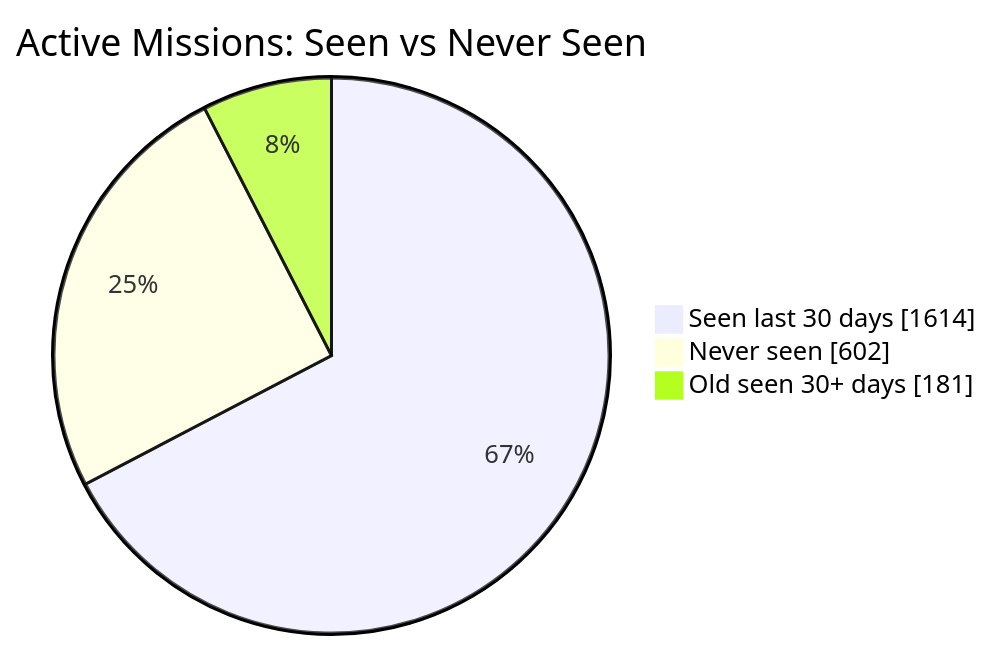
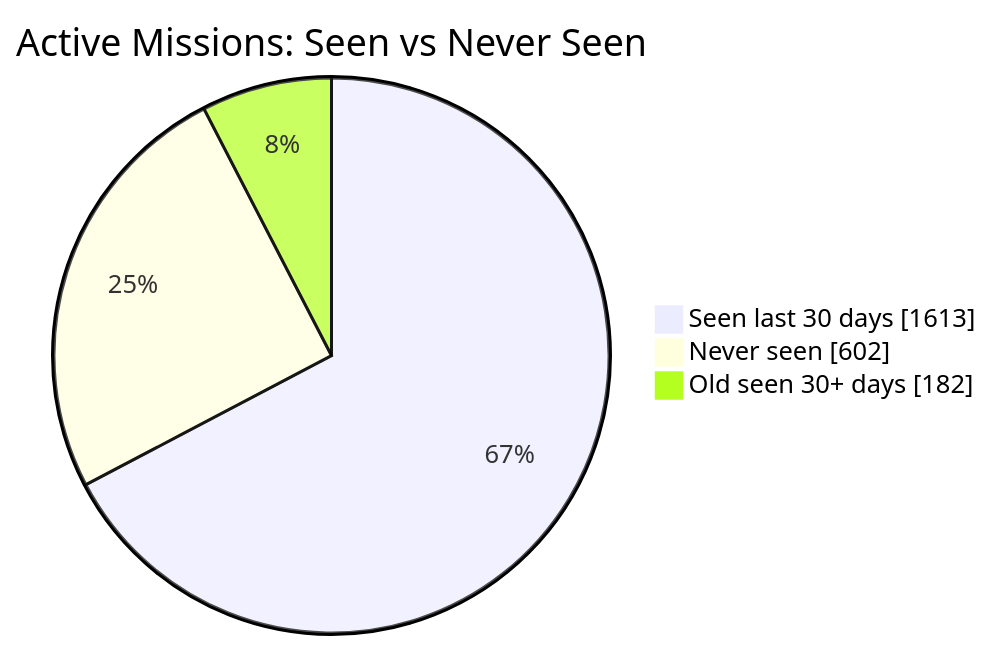
One commit to MeldkamerspelGameTeam/active-missions changed the first of 2 diagrams in README.md. Above: the diagram before and after it, drawn with Mermaid. The commit also changed other lines of this file and 2 other files, not shown here.

````diff
--- a/README.md
+++ b/README.md
@@ -34,7 +34,7 @@
 ```mermaid
 pie showData
     title Active Missions: Seen vs Never Seen
-    "Seen last 30 days" : 1614
+    "Seen last 30 days" : 1613
     "Never seen" : 602
-    "Old seen 30+ days" : 181
+    "Old seen 30+ days" : 182
 ```
````
